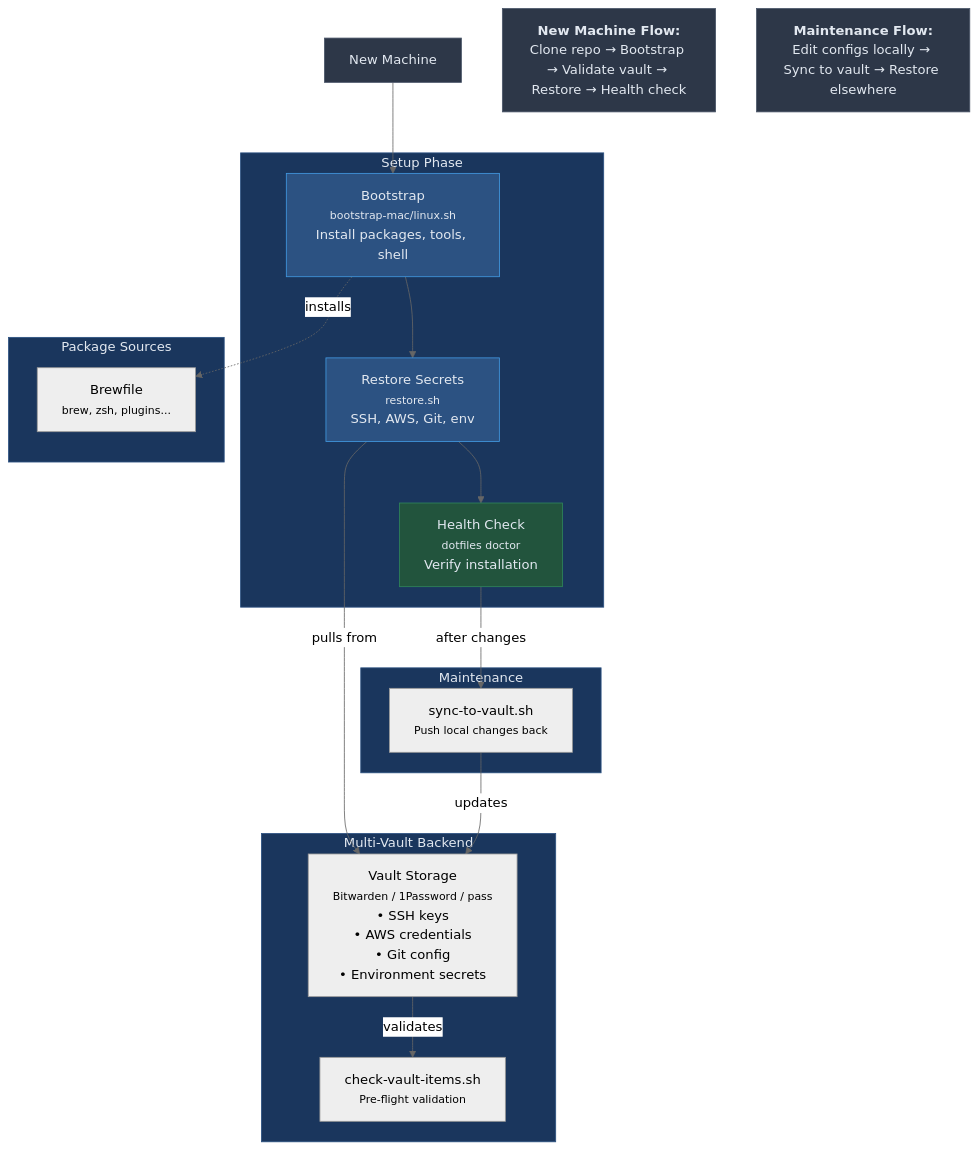
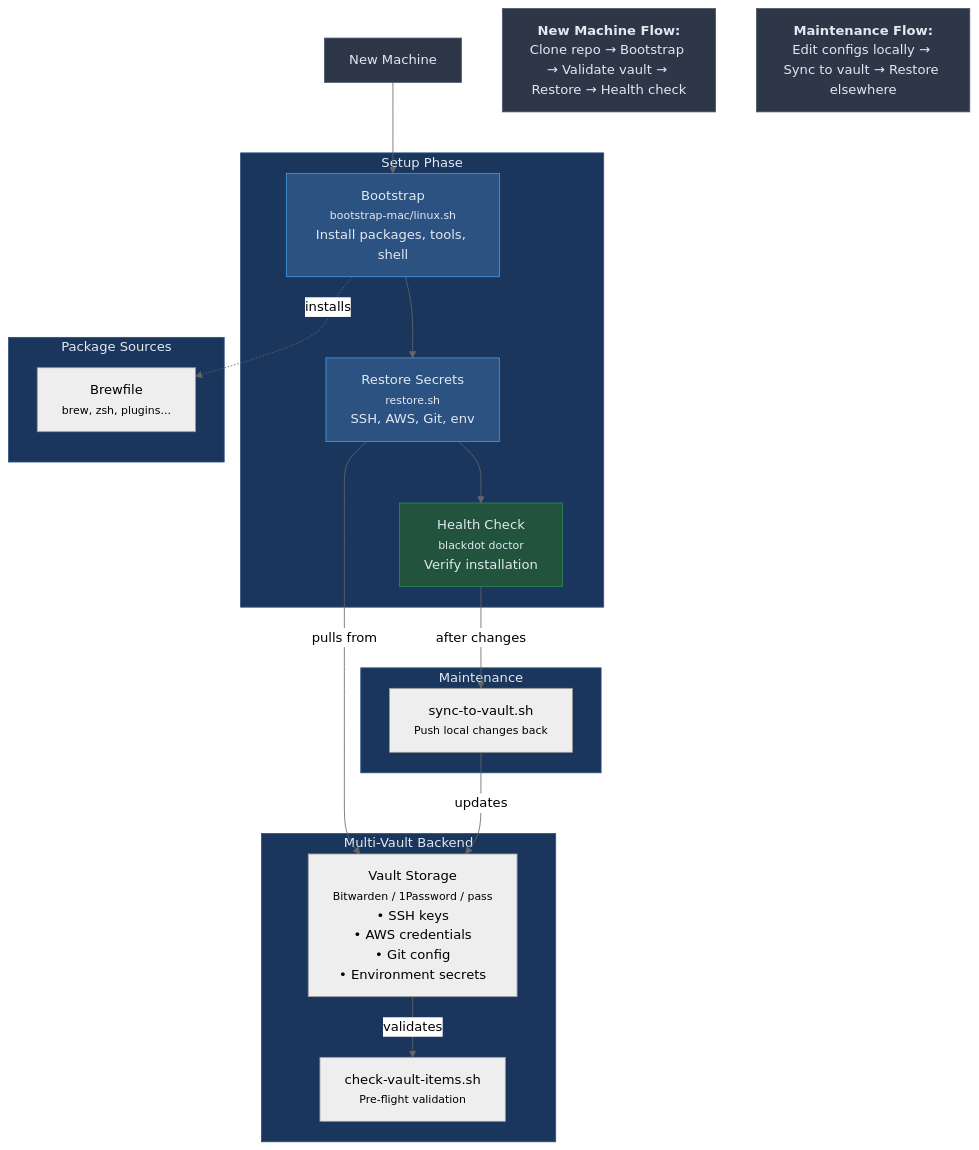
The fourth of 5 diagrams in docs/README-FULL.md (blackwell-systems/blackdot), drawn with Mermaid (neutral theme) before and after one commit. The commit also changed other lines of this file and 13 other files, not shown here.

````diff
--- a/docs/README-FULL.md
+++ b/docs/README-FULL.md
@@ -794,47 +794,47 @@
 ```mermaid
 flowchart TB
     machine["New Machine"]
 
     subgraph setup["Setup Phase"]
         bootstrap["Bootstrap<br/><small>bootstrap-mac/linux.sh</small><br/>Install packages, tools, shell"]
         restore["Restore Secrets<br/><small>restore.sh</small><br/>SSH, AWS, Git, env"]
-        verify["Health Check<br/><small>dotfiles doctor</small><br/>Verify installation"]
+        verify["Health Check<br/><small>blackdot doctor</small><br/>Verify installation"]
     end
 
     subgraph tools["Package Sources"]
         brewfile["Brewfile<br/><small>brew, zsh, plugins...</small>"]
     end
 
     subgraph vault["Multi-Vault Backend"]
         vault_storage["Vault Storage<br/><small>Bitwarden / 1Password / pass</small><br/>• SSH keys<br/>• AWS credentials<br/>• Git config<br/>• Environment secrets"]
         vault_check["check-vault-items.sh<br/><small>Pre-flight validation</small>"]
     end
 
     subgraph sync["Maintenance"]
         sync_back["sync-to-vault.sh<br/><small>Push local changes back</small>"]
     end
 
     machine --> bootstrap
     bootstrap --> restore
     restore --> verify
 
     bootstrap -.->|installs| brewfile
     restore -->|pulls from| vault_storage
     vault_storage -->|validates| vault_check
     verify -->|after changes| sync_back
     sync_back -->|updates| vault_storage
 
     flow1["<b>New Machine Flow:</b><br/>Clone repo → Bootstrap → Validate vault → Restore → Health check"]
     flow2["<b>Maintenance Flow:</b><br/>Edit configs locally → Sync to vault → Restore elsewhere"]
 
     style machine fill:#2d3748,stroke:#4a5568,color:#e2e8f0
     style setup fill:#1a365d,stroke:#2c5282,color:#e2e8f0
     style tools fill:#1a365d,stroke:#2c5282,color:#e2e8f0
     style vault fill:#1a365d,stroke:#2c5282,color:#e2e8f0
     style sync fill:#1a365d,stroke:#2c5282,color:#e2e8f0
     style bootstrap fill:#2c5282,stroke:#4299e1,color:#e2e8f0
     style restore fill:#2c5282,stroke:#4299e1,color:#e2e8f0
     style verify fill:#22543d,stroke:#2f855a,color:#e2e8f0
     style flow1 fill:#2d3748,stroke:#4a5568,color:#e2e8f0
     style flow2 fill:#2d3748,stroke:#4a5568,color:#e2e8f0
 ```
````
